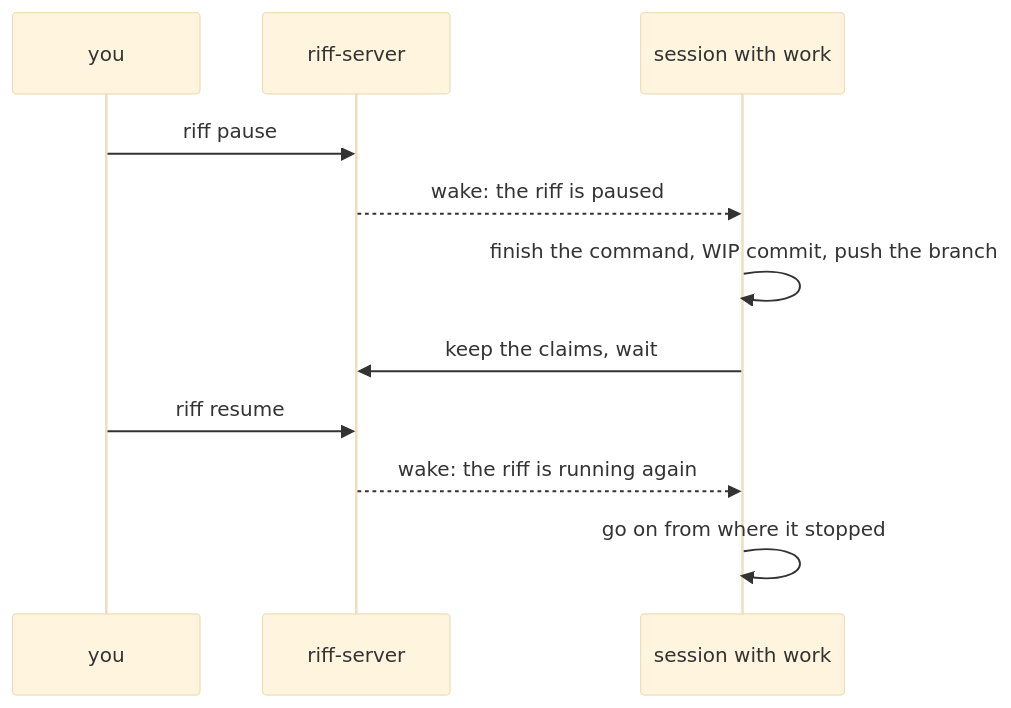
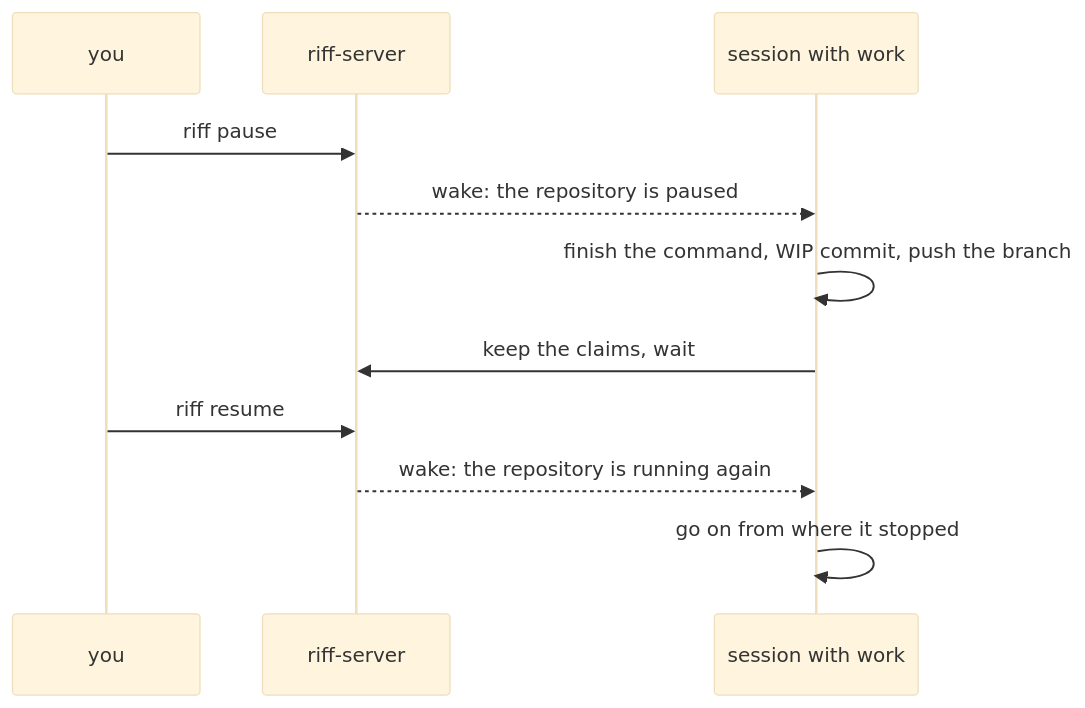
One commit to como-technologies/riff changed diagram 26 of 50 in docs/src/how-it-works.md. Above: the diagram before and after it, drawn with Mermaid (base theme). The commit also changed other lines of this file and 44 other files, not shown here.

First line of the commit message:
Each repository has a pause of its own, and the pause of the whole riff is for the owner and the admins (#427)

````diff
--- a/docs/src/how-it-works.md
+++ b/docs/src/how-it-works.md
@@ -1738,13 +1746,13 @@
 ```mermaid
 sequenceDiagram
     participant P as you
     participant E as riff-server
     participant W as session with work
     P->>E: riff pause
-    E-->>W: wake: the riff is paused
+    E-->>W: wake: the repository is paused
     W->>W: finish the command, WIP commit, push the branch
     W->>E: keep the claims, wait
     P->>E: riff resume
-    E-->>W: wake: the riff is running again
+    E-->>W: wake: the repository is running again
     W->>W: go on from where it stopped
 ```
````
